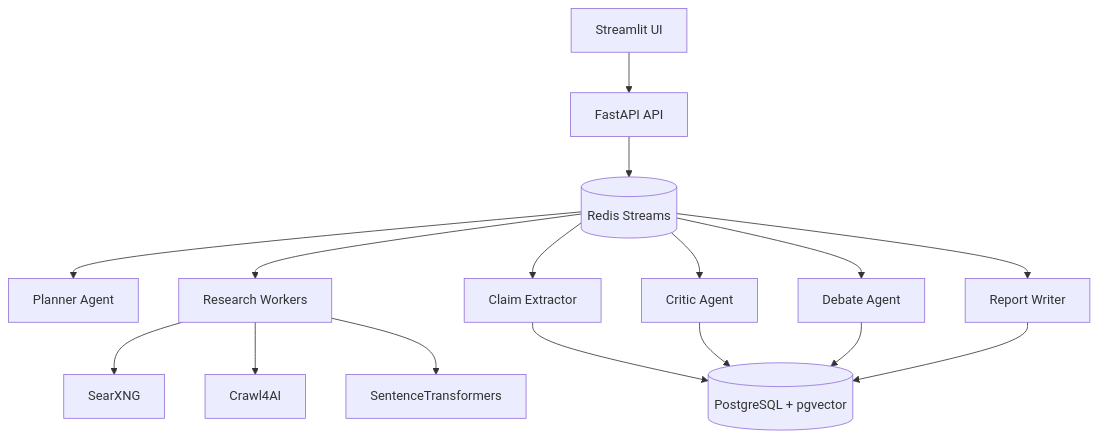
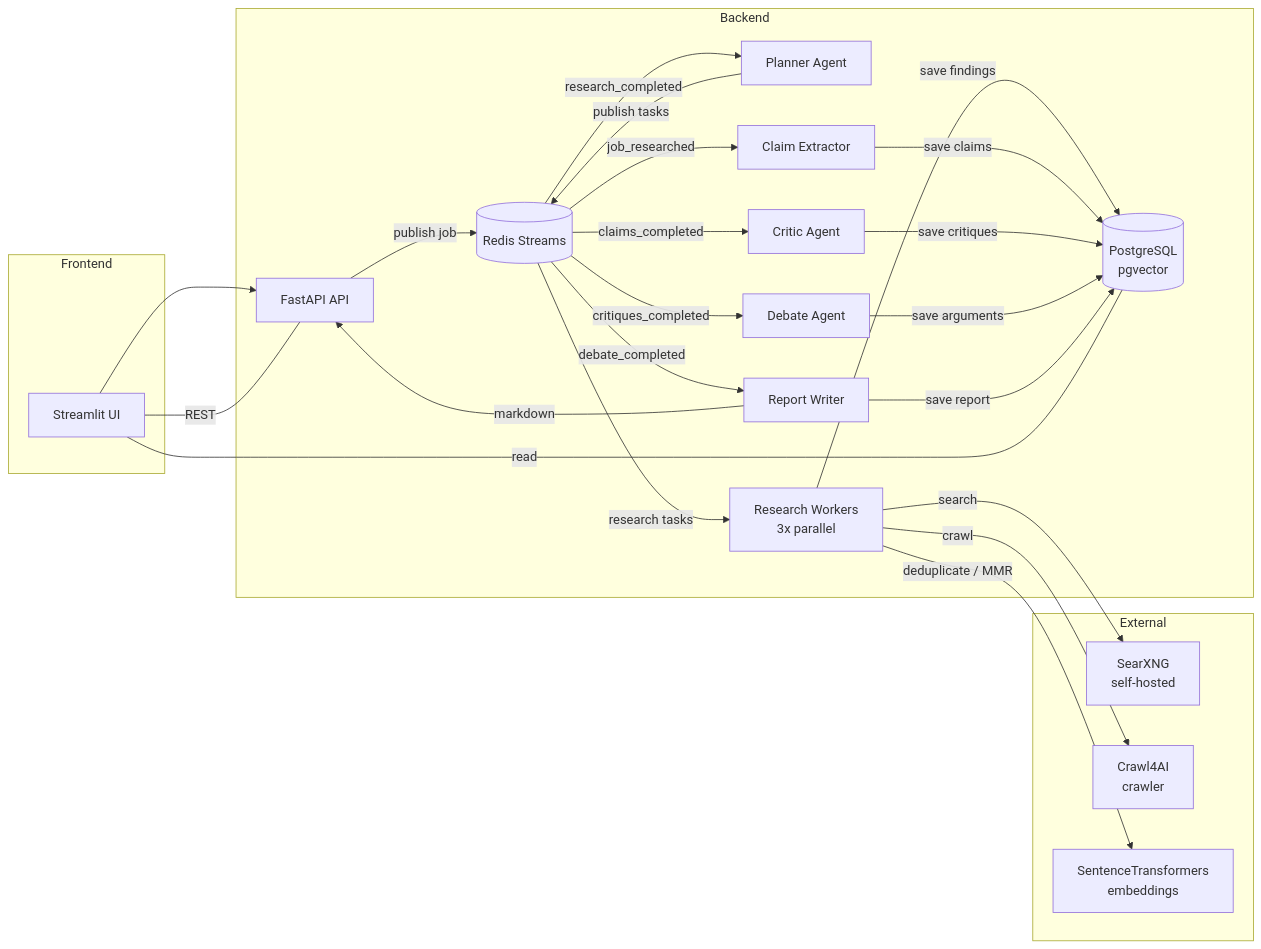
Before and after one commit to Veror245/ResearchForge: the diagram in README.md, drawn with Mermaid.

Commit message:
updated architecture diagram

````diff
--- a/README.md
+++ b/README.md
@@ -28,21 +28,49 @@
 ```mermaid
-flowchart TD
-    UI[Streamlit UI] --> API[FastAPI API]
-    API --> RS[(Redis Streams)]
+flowchart LR
+    subgraph Frontend
+        UI[Streamlit UI]
+    end
 
-    RS --> P[Planner Agent]
-    RS --> RW[Research Workers]
-    RS --> C[Claim Extractor]
-    RS --> K[Critic Agent]
-    RS --> D[Debate Agent]
-    RS --> R[Report Writer]
+    subgraph Backend
+        API[FastAPI API]
+        RS[(Redis Streams)]
+        P[Planner Agent]
+        RW[Research Workers<br/>3x parallel]
+        C[Claim Extractor]
+        K[Critic Agent]
+        D[Debate Agent]
+        R[Report Writer]
+        DB[(PostgreSQL<br/>pgvector)]
+    end
 
-    RW --> SX[SearXNG]
-    RW --> CA[Crawl4AI]
-    RW --> EMB[SentenceTransformers]
+    subgraph External
+        SX[SearXNG<br/>self-hosted]
+        CA[Crawl4AI<br/>crawler]
+        EM[SentenceTransformers<br/>embeddings]
+    end
 
-    C --> DB[(PostgreSQL + pgvector)]
-    K --> DB
-    D --> DB
-    R --> DB
+    UI --> API
+    API -->|publish job| RS
+
+    RS -->|job_researched| C
+    RS -->|claims_completed| K
+    RS -->|critiques_completed| D
+    RS -->|debate_completed| R
+    RS -->|research_completed| P
+    P -->|publish tasks| RS
+
+    RS -->|research tasks| RW
+    RW -->|search| SX
+    RW -->|crawl| CA
+    RW -->|deduplicate / MMR| EM
+
+    RW -->|save findings| DB
+    C -->|save claims| DB
+    K -->|save critiques| DB
+    D -->|save arguments| DB
+    R -->|save report| DB
+    R -->|markdown| API
+
+    DB ---|read| UI
+    API ---|REST| UI
 ```
````
